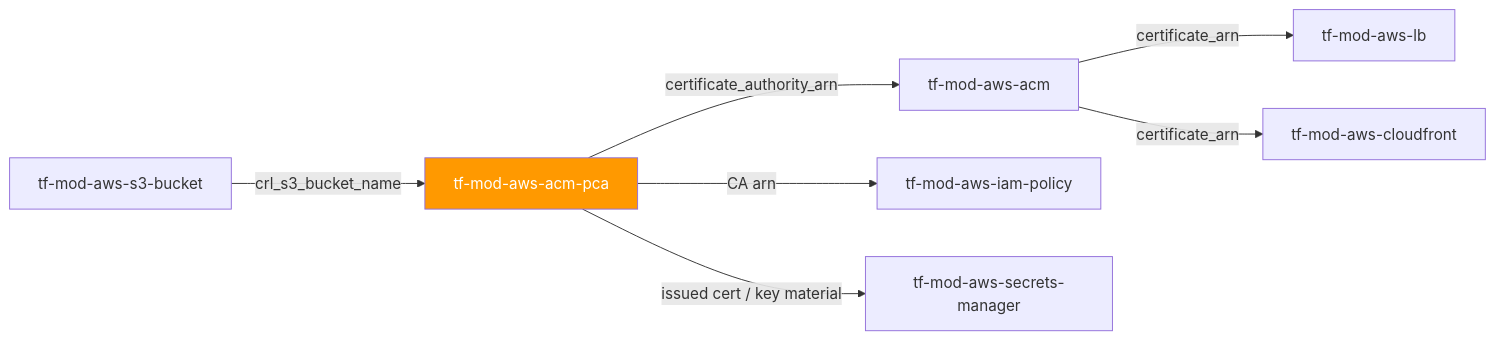
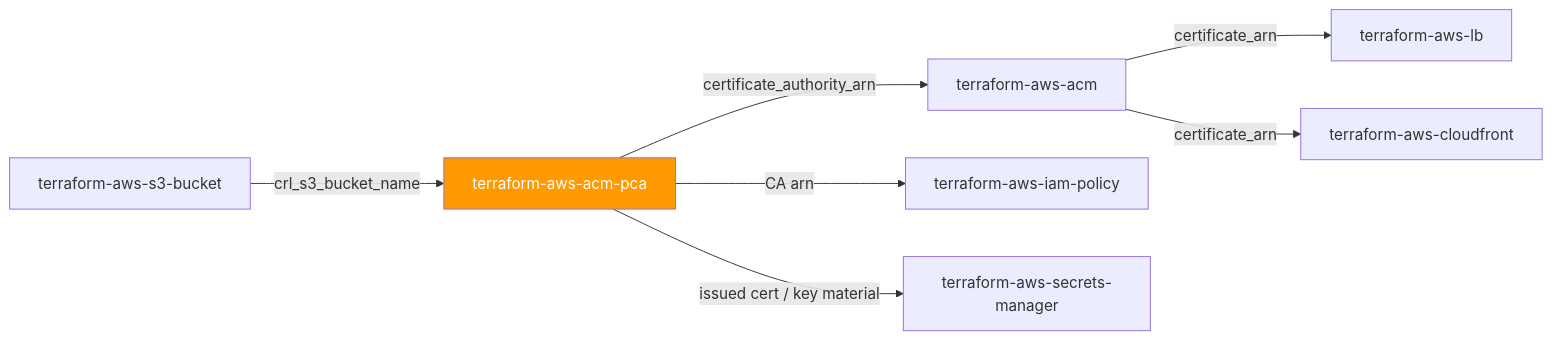
The first of 2 diagrams in README.md (microsoftexpert/terraform-aws-acm-pca), drawn with Mermaid before and after one commit. The commit also changed other lines of this file and 4 other files, not shown here.

````diff
--- a/README.md
+++ b/README.md
@@ -41,19 +41,19 @@
 ```mermaid
 flowchart LR
- s3["tf-mod-aws-s3-bucket"]
- pca["tf-mod-aws-acm-pca"]
- acm["tf-mod-aws-acm"]
- iam["tf-mod-aws-iam-policy"]
- sm["tf-mod-aws-secrets-manager"]
- lb["tf-mod-aws-lb"]
- cf["tf-mod-aws-cloudfront"]
+ s3["terraform-aws-s3-bucket"]
+ pca["terraform-aws-acm-pca"]
+ acm["terraform-aws-acm"]
+ iam["terraform-aws-iam-policy"]
+ sm["terraform-aws-secrets-manager"]
+ lb["terraform-aws-lb"]
+ cf["terraform-aws-cloudfront"]
 
  s3 -->|crl_s3_bucket_name| pca
  pca -->|certificate_authority_arn| acm
  pca -->|CA arn| iam
  pca -->|issued cert / key material| sm
  acm -->|certificate_arn| lb
  acm -->|certificate_arn| cf
 
  style pca fill:#FF9900,color:#fff
 ```
````
